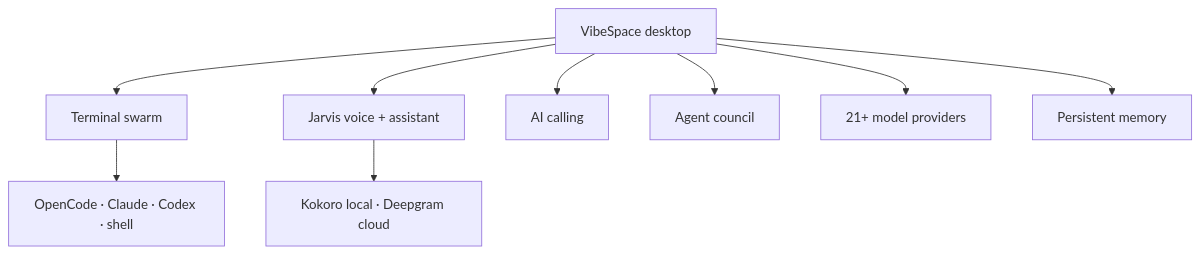
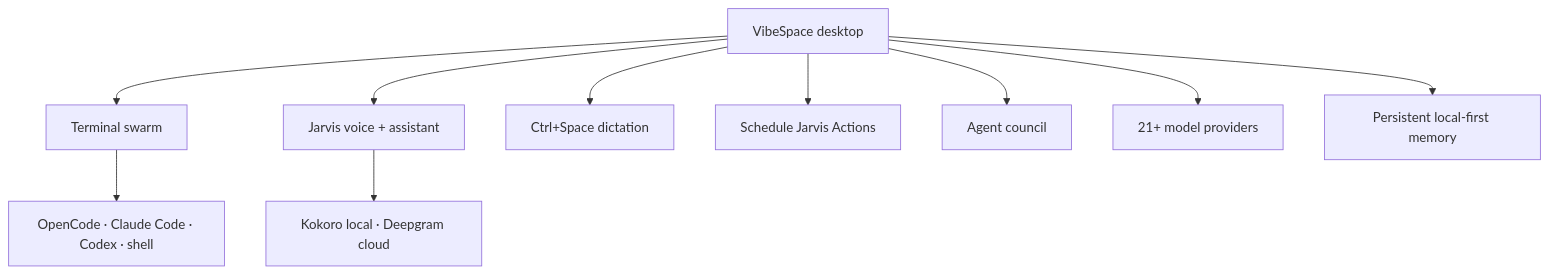
One commit to Cookie774-GameDev/Jarivs-One changed the diagram in README.md. Above: the diagram before and after it, drawn with Mermaid. The commit also changed other lines of this file and 2 other files, not shown here.

````diff
--- a/README.md
+++ b/README.md
@@ -74,12 +53,13 @@
 ```mermaid
 flowchart TB
   VS[VibeSpace desktop]
   VS --> T[Terminal swarm]
   VS --> J[Jarvis voice + assistant]
-  VS --> C[AI calling]
+  VS --> D[Ctrl+Space dictation]
+  VS --> S[Schedule Jarvis Actions]
   VS --> A[Agent council]
   VS --> M[21+ model providers]
-  VS --> MEM[Persistent memory]
-  T --> OC[OpenCode · Claude · Codex · shell]
+  VS --> MEM[Persistent local-first memory]
+  T --> OC[OpenCode · Claude Code · Codex · shell]
   J --> K[Kokoro local · Deepgram cloud]
 ```
````
